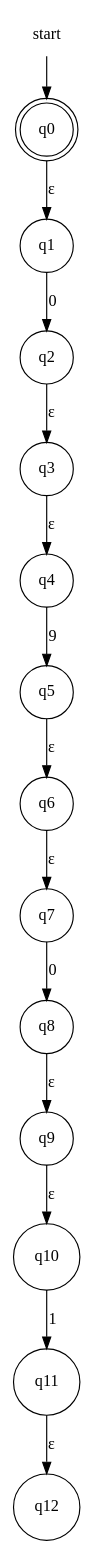
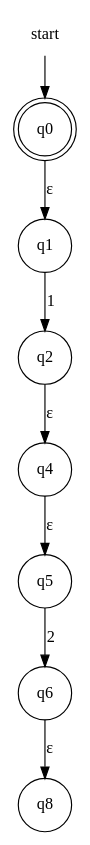
One commit to evertheylen/TA_TO changed the diagram in fase1/RE-eNFA/regex_2.dot. Above: the diagram before and after it, drawn with Graphviz. The commit also changed 5 other files, not shown here.

```diff
--- a/fase1/RE-eNFA/regex_2.dot
+++ b/fase1/RE-eNFA/regex_2.dot
@@ -1,18 +1,12 @@
 digraph automaton {
     node [shape=none]; start;
     node [shape=doublecircle]; "q0";
     node [shape=circle];
     start -> "q0";
     "q0" -> "q1" [label="&epsilon;"];
-    "q1" -> "q2" [label="0"];
-    "q2" -> "q3" [label="&epsilon;"];
-    "q3" -> "q4" [label="&epsilon;"];
-    "q4" -> "q5" [label="9"];
-    "q5" -> "q6" [label="&epsilon;"];
-    "q6" -> "q7" [label="&epsilon;"];
-    "q7" -> "q8" [label="0"];
-    "q8" -> "q9" [label="&epsilon;"];
-    "q9" -> "q10" [label="&epsilon;"];
-    "q10" -> "q11" [label="1"];
-    "q11" -> "q12" [label="&epsilon;"];
+    "q1" -> "q2" [label="1"];
+    "q2" -> "q4" [label="&epsilon;"];
+    "q4" -> "q5" [label="&epsilon;"];
+    "q5" -> "q6" [label="2"];
+    "q6" -> "q8" [label="&epsilon;"];
 }
```
